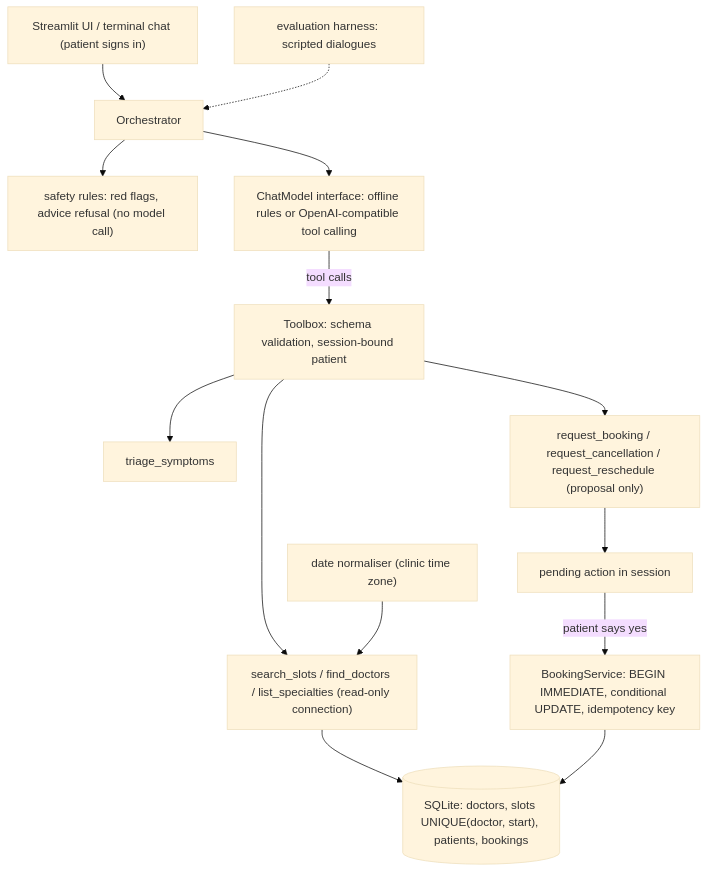
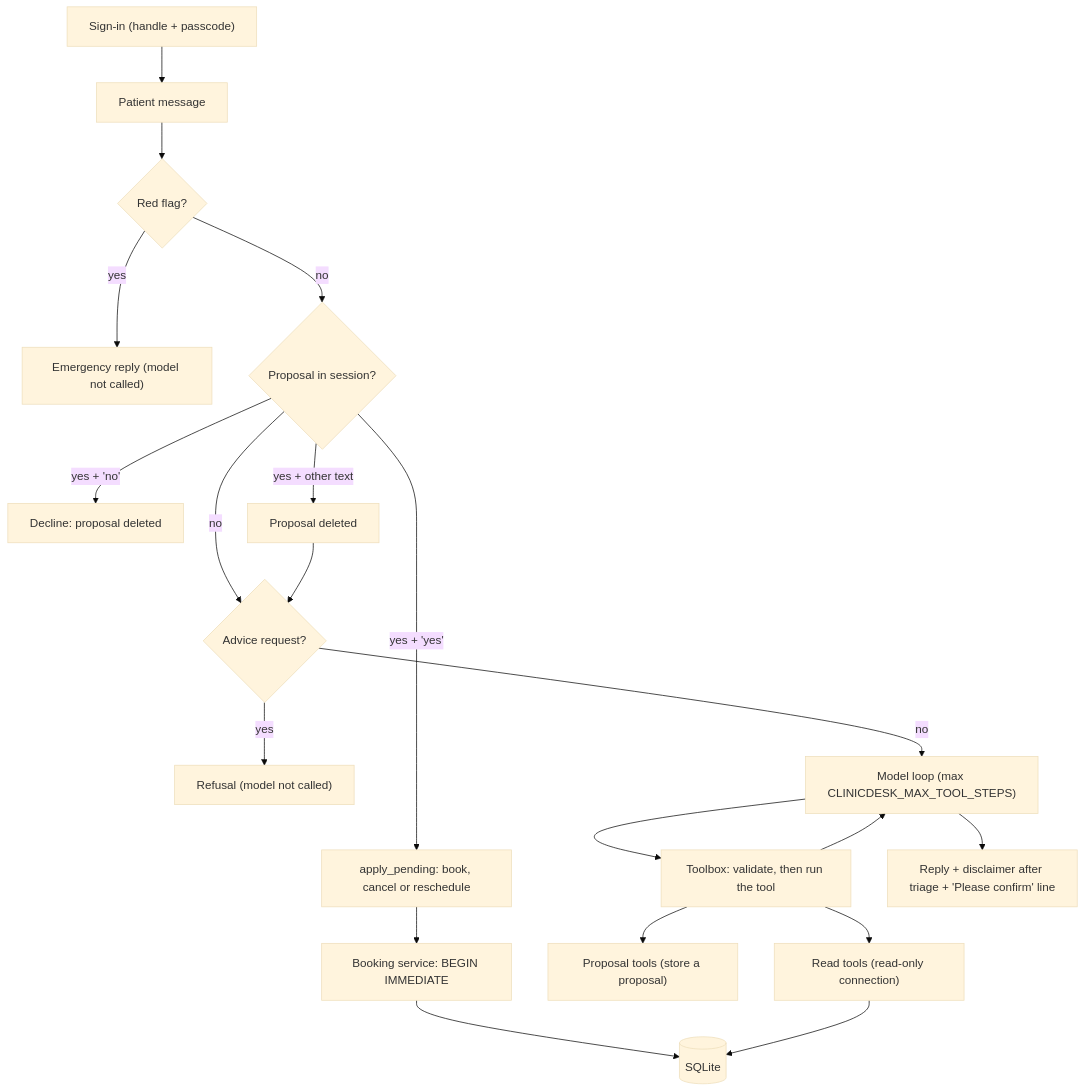
The third of 3 diagrams in README.md (KrishnaAnnavaram/clinicdesk-agent), drawn with Mermaid (base theme) before and after one commit. The commit also changed other lines of this file and 3 other files, not shown here.

````diff
--- a/README.md
+++ b/README.md
@@ -20,16 +209,22 @@
 ```mermaid
 flowchart TB
-  UI["Streamlit UI / terminal chat (patient signs in)"] --> ORCH["Orchestrator"]
-  ORCH --> SAFE["safety rules: red flags, advice refusal (no model call)"]
-  ORCH --> LLM["ChatModel interface: offline rules or OpenAI-compatible tool calling"]
-  LLM -->|"tool calls"| TB["Toolbox: schema validation, session-bound patient"]
-  TB --> T1["triage_symptoms"]
-  TB --> T2["search_slots / find_doctors / list_specialties (read-only connection)"]
-  TB --> T3["request_booking / request_cancellation / request_reschedule (proposal only)"]
-  T3 --> PEND["pending action in session"]
-  PEND -->|"patient says yes"| SVC["BookingService: BEGIN IMMEDIATE, conditional UPDATE, idempotency key"]
-  T2 --> DB[("SQLite: doctors, slots UNIQUE(doctor, start), patients, bookings")]
-  SVC --> DB
-  DATES["date normaliser (clinic time zone)"] --> T2
-  EVAL["evaluation harness: scripted dialogues"] -.-> ORCH
+    S["Sign-in (handle + passcode)"] --> M["Patient message"]
+    M --> RF{"Red flag?"}
+    RF -- "yes" --> EM["Emergency reply (model not called)"]
+    RF -- "no" --> PD{"Proposal in session?"}
+    PD -- "yes + 'yes'" --> AP["apply_pending: book, cancel or reschedule"]
+    PD -- "yes + 'no'" --> DC["Decline: proposal deleted"]
+    PD -- "yes + other text" --> DROP["Proposal deleted"]
+    PD -- "no" --> AR
+    DROP --> AR{"Advice request?"}
+    AR -- "yes" --> RE["Refusal (model not called)"]
+    AR -- "no" --> LOOP["Model loop (max CLINICDESK_MAX_TOOL_STEPS)"]
+    LOOP --> TB["Toolbox: validate, then run the tool"]
+    TB --> RD["Read tools (read-only connection)"]
+    TB --> PR["Proposal tools (store a proposal)"]
+    TB --> LOOP
+    LOOP --> RP["Reply + disclaimer after triage + 'Please confirm' line"]
+    AP --> BS["Booking service: BEGIN IMMEDIATE"]
+    BS --> DB[("SQLite")]
+    RD --> DB
 ```
````
